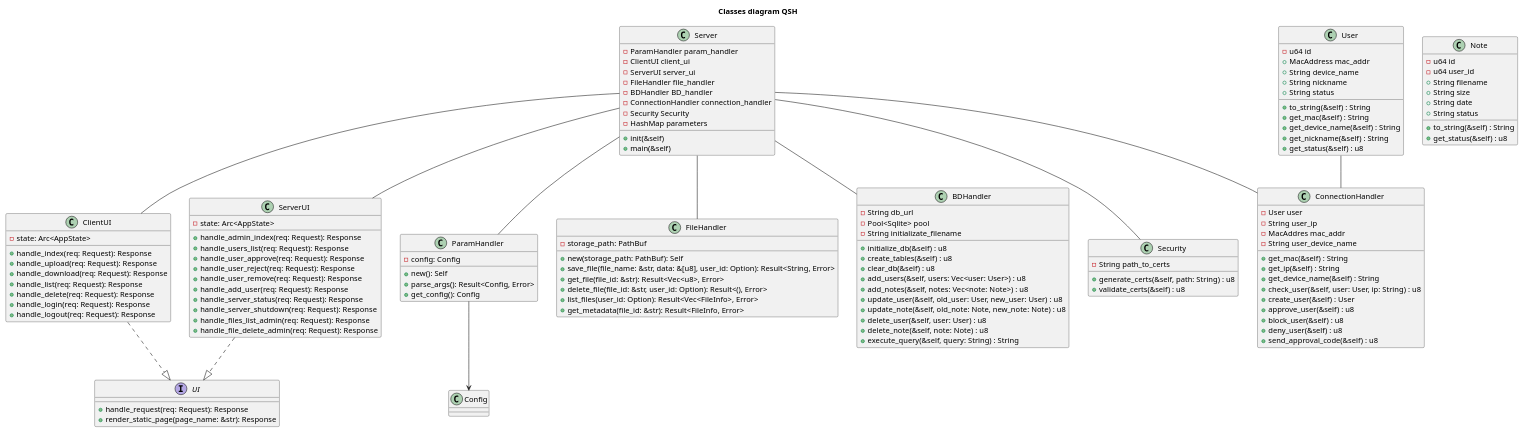
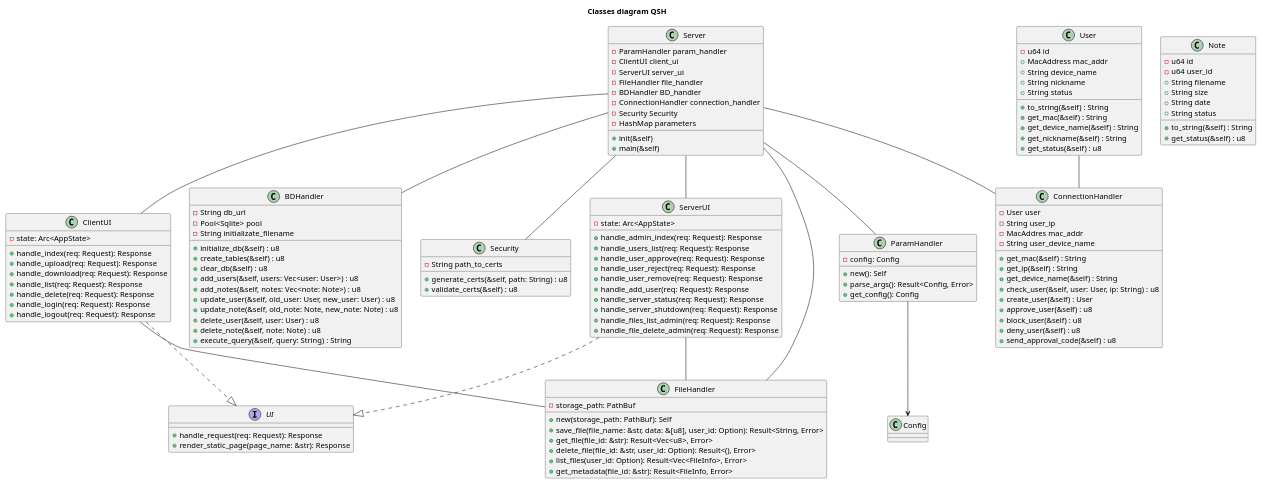
One commit to libelllule/My_qsh changed the diagram in docs/classes_diagram.puml. Above: the diagram before and after it, drawn with PlantUML. The commit also changed 2 other files, not shown here.

Commit message:
Docs: Fixed classes diagram, added class relations

```diff
--- a/docs/classes_diagram.puml
+++ b/docs/classes_diagram.puml
@@ -1,149 +1,148 @@
 @startuml
-
 interface UI {
   + handle_request(req: Request): Response
   + render_static_page(page_name: &str): Response
 }
 
 class ClientUI {
   - state: Arc<AppState>
   + handle_index(req: Request): Response
   + handle_upload(req: Request): Response
   + handle_download(req: Request): Response
   + handle_list(req: Request): Response
   + handle_delete(req: Request): Response
   + handle_login(req: Request): Response
   + handle_logout(req: Request): Response
 }
 
 class ServerUI {
   - state: Arc<AppState>
   + handle_admin_index(req: Request): Response
   + handle_users_list(req: Request): Response
   + handle_user_approve(req: Request): Response
   + handle_user_reject(req: Request): Response
   + handle_user_remove(req: Request): Response
   + handle_add_user(req: Request): Response
   + handle_server_status(req: Request): Response
   + handle_server_shutdown(req: Request): Response
   + handle_files_list_admin(req: Request): Response
   + handle_file_delete_admin(req: Request): Response
 }
 
 class ParamHandler {
   - config: Config
   + new(): Self
   + parse_args(): Result<Config, Error>
   + get_config(): Config
 }
 
 class FileHandler {
   - storage_path: PathBuf
   + new(storage_path: PathBuf): Self
   + save_file(file_name: &str, data: &[u8], user_id: Option<&str>): Result<String, Error>
   + get_file(file_id: &str): Result<Vec<u8>, Error>
   + delete_file(file_id: &str, user_id: Option<&str>): Result<(), Error>
   + list_files(user_id: Option<&str>): Result<Vec<FileInfo>, Error>
   + get_metadata(file_id: &str): Result<FileInfo, Error>
 }
 
 class Config {
   ' настройки сервера (порт, пути к сертификатам, строка подключения к БД, папка для файлов и т.д.)
 }
 
 title Classes diagram QSH
 class "BDHandler" as bd {
   -String db_url
   -Pool<Sqlite> pool
   -String initializate_filename
 
   +initialize_db(&self) : u8
   +create_tables(&self) : u8
   +clear_db(&self) : u8
   +add_users(&self, users: Vec<user: User>) : u8
   +add_notes(&self, notes: Vec<note: Note>) : u8
   +update_user(&self, old_user: User, new_user: User) : u8
   +update_note(&self, old_note: Note, new_note: Note) : u8
   +delete_user(&self, user: User) : u8
   +delete_note(&self, note: Note) : u8
   +execute_query(&self, query: String) : String
 }
 
 class "User" as usr {
   -u64 id
   +MacAddress mac_addr
   +String device_name
   +String nickname
   +String status
 
   +to_string(&self) : String
   +get_mac(&self) : String
   +get_device_name(&self) : String
   +get_nickname(&self) : String
   +get_status(&self) : u8
 }
 
 class "Note" as nt {
   -u64 id
   -u64 user_id
   +String filename
   +String size
   +String date
   +String status
 
   +to_string(&self) : String
   +get_status(&self) : u8
 }
 
 class "Security" as sec {
   -String path_to_certs
   +generate_certs(&self, path: String) : u8
   +validate_certs(&self) : u8
 }
 
 class "ConnectionHandler" as conhndlr {
   -User user
   -String user_ip
   -MacAddres mac_addr
   -String user_device_name
   
   +get_mac(&self) : String
   +get_ip(&self) : String
   +get_device_name(&self) : String
   +check_user(&self, user: User, ip: String) : u8
   +create_user(&self) : User
   +approve_user(&self) : u8
   +block_user(&self) : u8
   +deny_user(&self) : u8
   +send_approval_code(&self) : u8
 }
 
 class "Server" as srv {
   -ParamHandler param_handler
   -ClientUI client_ui
   -ServerUI server_ui
   -FileHandler file_handler
   -BDHandler BD_handler
   -ConnectionHandler connection_handler
   -Security Security
   -HashMap parameters
   +init(&self)
   +main(&self)
 }
 
 
 srv -- bd
 srv --conhndlr
 srv -- sec
 usr -- conhndlr
 srv -- ParamHandler
 srv -- FileHandler
 srv -- ClientUI
 srv -- ServerUI
+ClientUI -- FileHandler
+ServerUI -- FileHandler
 
 ClientUI ..|> UI
 ServerUI ..|> UI
 ParamHandler --> Config
-
-
 @enduml
```
